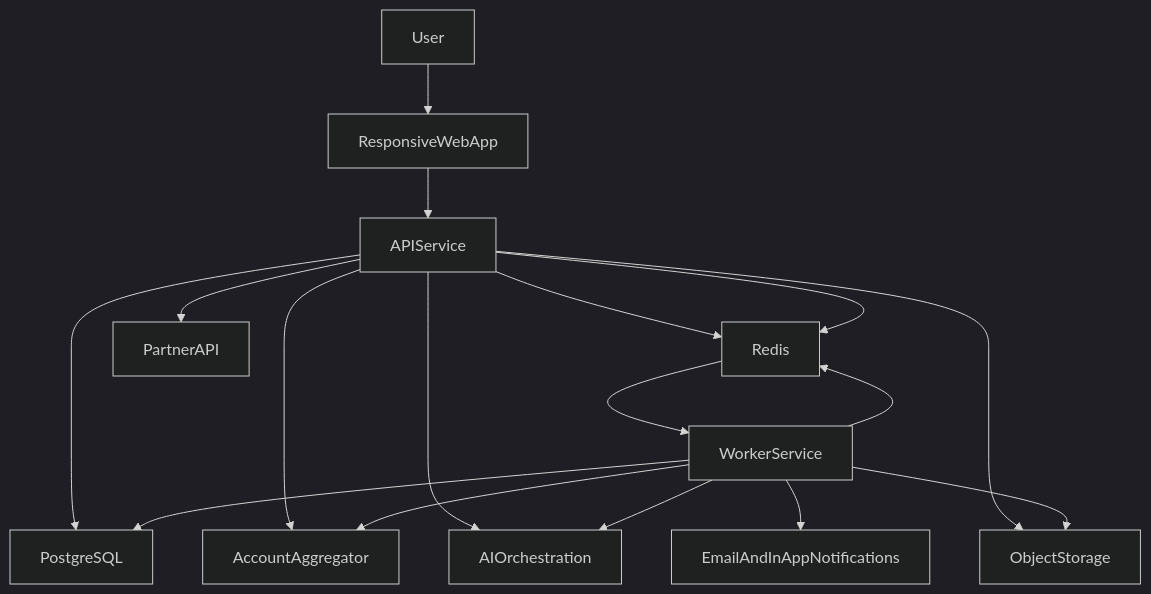
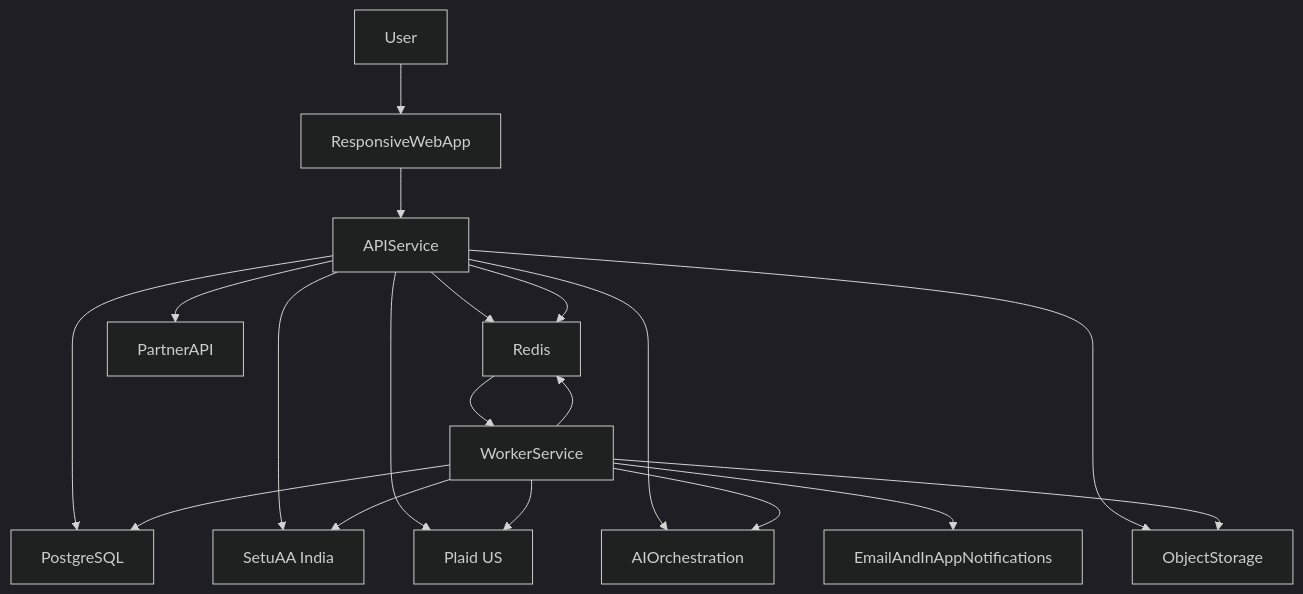
Before and after one commit to harrychauhaneducationusa/subscriptionmanagement: the diagram in docs/architecture/solution-architecture.md, drawn with Mermaid (dark theme). The commit also changed other lines of this file and 101 other files, not shown here.

````diff
--- a/docs/architecture/solution-architecture.md
+++ b/docs/architecture/solution-architecture.md
@@ -68,31 +68,34 @@
 ```mermaid
 flowchart TD
   user[User]
   webApp[ResponsiveWebApp]
   api[APIService]
   worker[WorkerService]
   postgres[PostgreSQL]
   redis[Redis]
   objectStore[ObjectStorage]
-  aa[AccountAggregator]
+  setu[SetuAA India]
+  plaid[Plaid US]
   notifications[EmailAndInAppNotifications]
   ai[AIOrchestration]
   partnerApi[PartnerAPI]
 
   user --> webApp
   webApp --> api
   api --> postgres
   api --> redis
   api --> objectStore
-  api --> aa
+  api --> setu
+  api --> plaid
   api --> ai
   api --> partnerApi
   api --> redis
   redis --> worker
   worker --> postgres
   worker --> redis
-  worker --> aa
+  worker --> setu
+  worker --> plaid
   worker --> ai
   worker --> notifications
   worker --> objectStore
 ```
````
